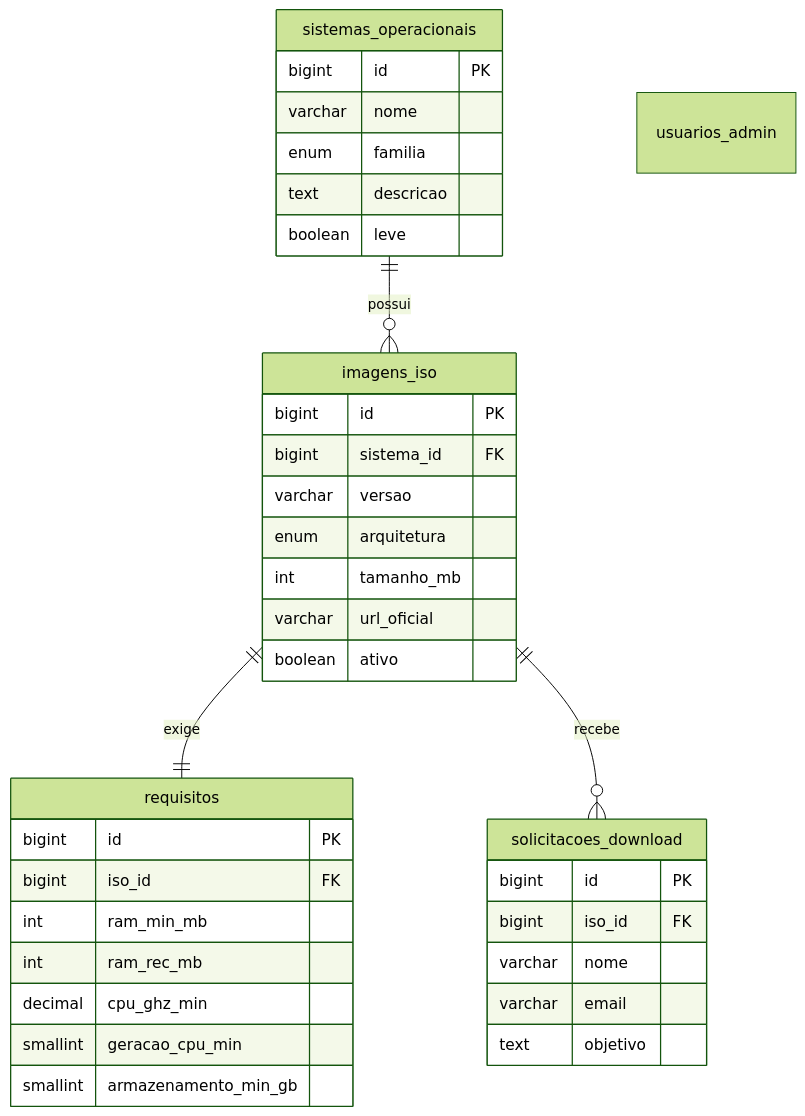
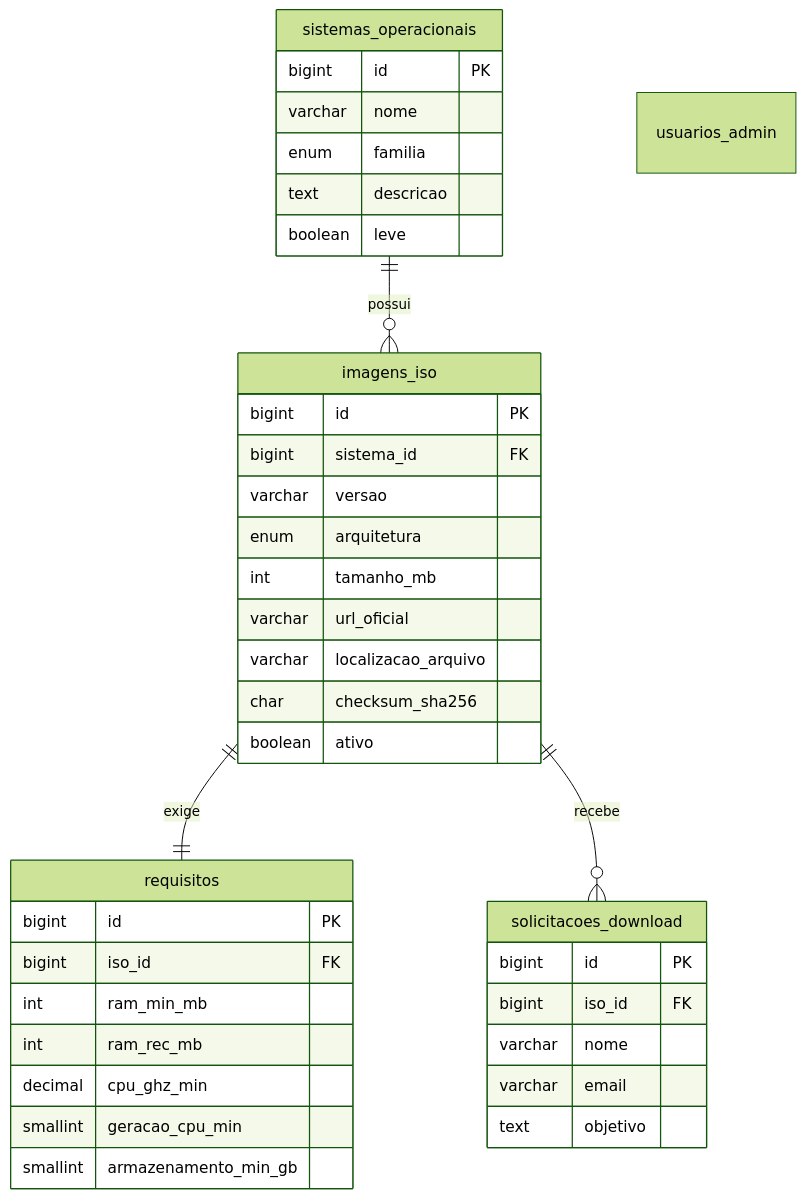
The diagram in README.md (joaoa3201/Biblioteca-Archieve), drawn with Mermaid (forest theme) before and after one commit. The commit also changed other lines of this file and 9 other files, not shown here.

````diff
--- a/README.md
+++ b/README.md
@@ -50,40 +50,42 @@
 ```mermaid
 erDiagram
     sistemas_operacionais ||--o{ imagens_iso : possui
     imagens_iso ||--|| requisitos : exige
     imagens_iso ||--o{ solicitacoes_download : recebe
     usuarios_admin
 
     sistemas_operacionais {
         bigint id PK
         varchar nome
         enum familia
         text descricao
         boolean leve
     }
     imagens_iso {
         bigint id PK
         bigint sistema_id FK
         varchar versao
         enum arquitetura
         int tamanho_mb
         varchar url_oficial
+        varchar localizacao_arquivo
+        char checksum_sha256
         boolean ativo
     }
     requisitos {
         bigint id PK
         bigint iso_id FK
         int ram_min_mb
         int ram_rec_mb
         decimal cpu_ghz_min
         smallint geracao_cpu_min
         smallint armazenamento_min_gb
     }
     solicitacoes_download {
         bigint id PK
         bigint iso_id FK
         varchar nome
         varchar email
         text objetivo
     }
 ```
````
